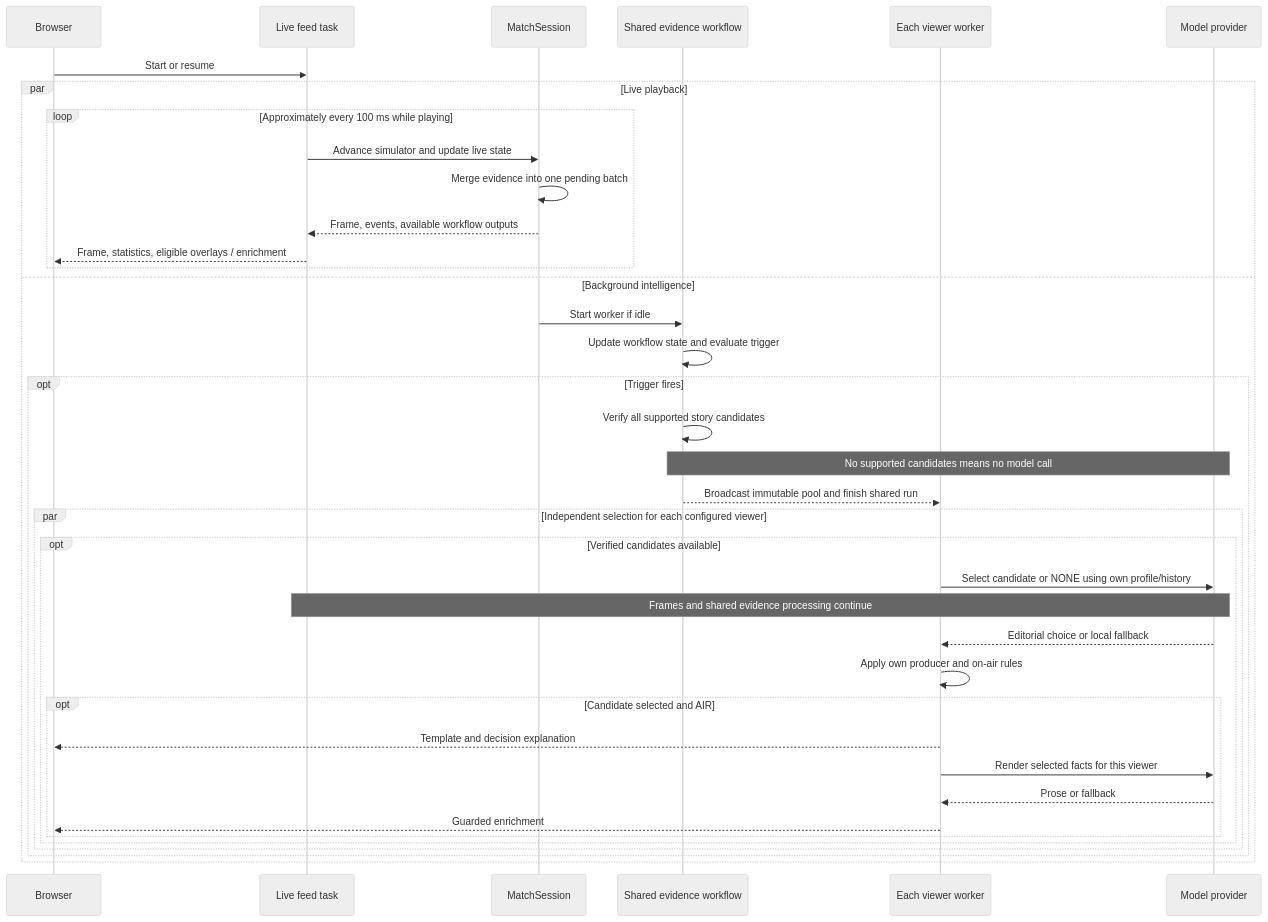
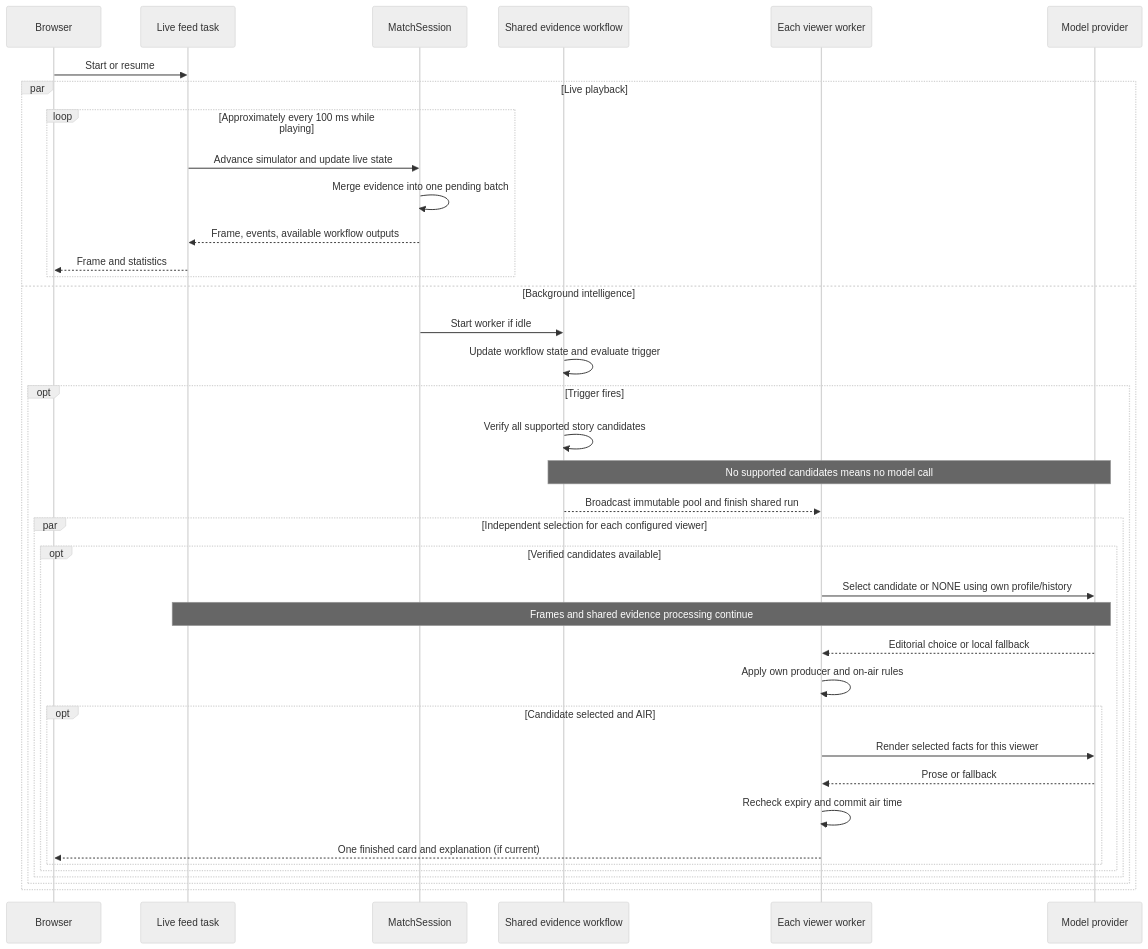
The third of 4 diagrams in ARCHITECTURE.md (shantanu1singh/matchos), drawn with Mermaid (neutral theme) before and after one commit. The commit also changed other lines of this file and 30 other files, not shown here.

````diff
--- a/ARCHITECTURE.md
+++ b/ARCHITECTURE.md
@@ -122,41 +124,41 @@
 ```mermaid
 sequenceDiagram
     participant UI as Browser
     participant Feed as Live feed task
     participant Session as MatchSession
     participant Worker as Shared evidence workflow
     participant Viewer as Each viewer worker
     participant Model as Model provider
 
     UI->>Feed: Start or resume
     par Live playback
         loop Approximately every 100 ms while playing
             Feed->>Session: Advance simulator and update live state
             Session->>Session: Merge evidence into one pending batch
             Session-->>Feed: Frame, events, available workflow outputs
-            Feed-->>UI: Frame, statistics, eligible overlays / enrichment
+            Feed-->>UI: Frame and statistics
         end
     and Background intelligence
         Session->>Worker: Start worker if idle
         Worker->>Worker: Update workflow state and evaluate trigger
         opt Trigger fires
             Worker->>Worker: Verify all supported story candidates
             Note over Worker,Model: No supported candidates means no model call
             Worker-->>Viewer: Broadcast immutable pool and finish shared run
             par Independent selection for each configured viewer
                 opt Verified candidates available
                     Viewer->>Model: Select candidate or NONE using own profile/history
                     Note over Feed,Model: Frames and shared evidence processing continue
                     Model-->>Viewer: Editorial choice or local fallback
                     Viewer->>Viewer: Apply own producer and on-air rules
                     opt Candidate selected and AIR
-                        Viewer-->>UI: Template and decision explanation
                         Viewer->>Model: Render selected facts for this viewer
                         Model-->>Viewer: Prose or fallback
-                        Viewer-->>UI: Guarded enrichment
+                        Viewer->>Viewer: Recheck expiry and commit air time
+                        Viewer-->>UI: One finished card and explanation (if current)
                     end
                 end
             end
         end
     end
 ```
````
